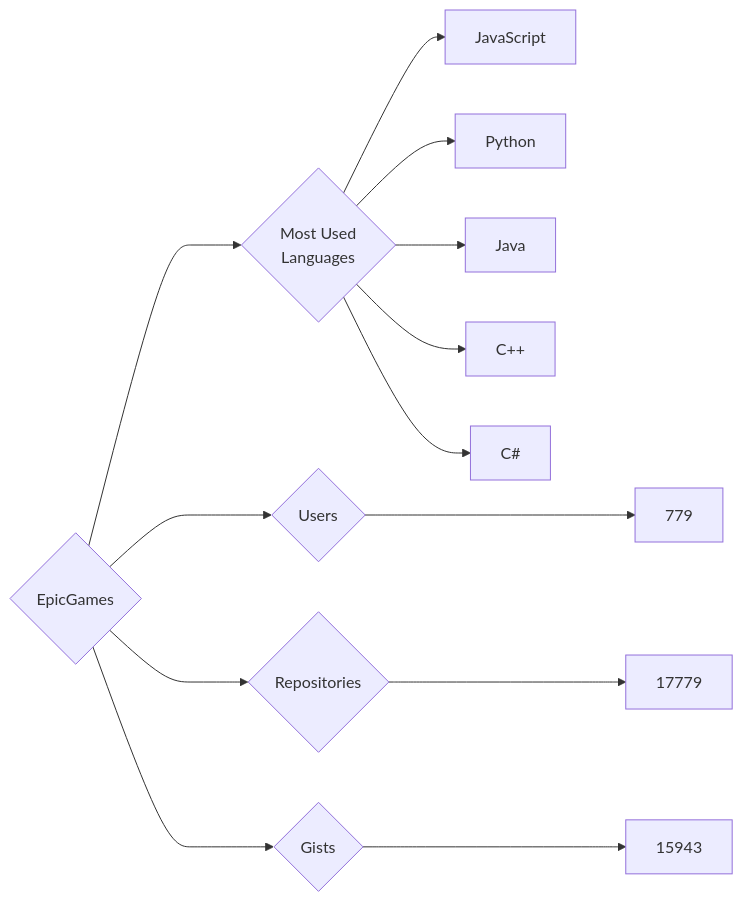
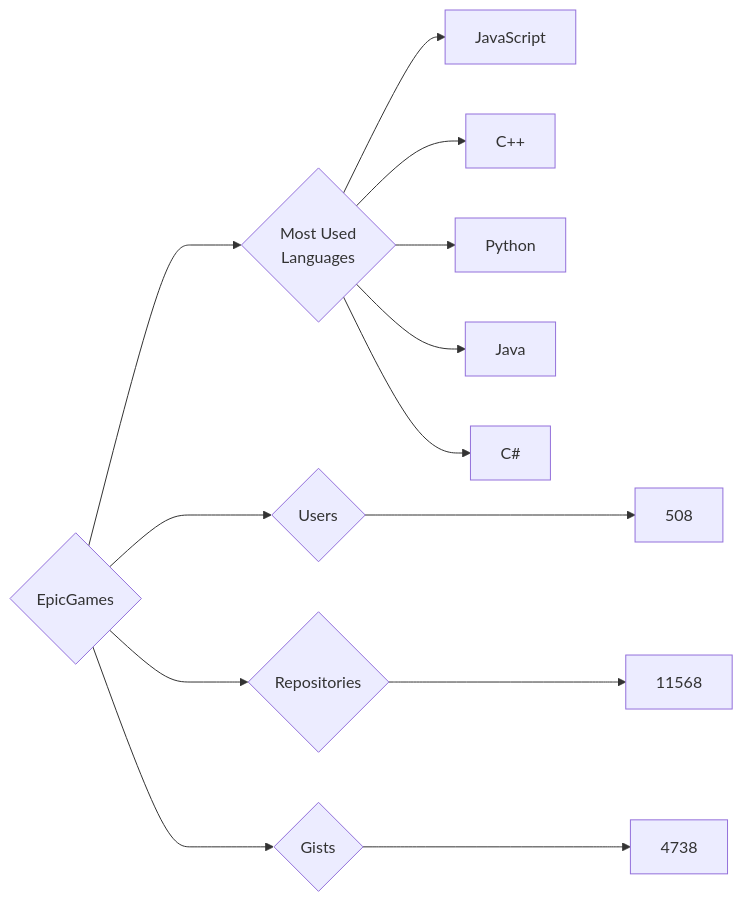
One commit to trickest/insiders changed the diagram in targets/EpicGames/README.md. Above: the diagram before and after it, drawn with Mermaid. The commit also changed 1030 other files, not shown here.

````diff
--- a/targets/EpicGames/README.md
+++ b/targets/EpicGames/README.md
@@ -3,13 +3,13 @@
 ```mermaid
 graph LR
 COMPANY_NAME{EpicGames}
-COMPANY_NAME ---> U{Users} ---> UN[779]
-COMPANY_NAME ---> R{Repositories} ---> RN[17779]
-COMPANY_NAME ---> G{Gists} ---> GN[15943]
+COMPANY_NAME ---> U{Users} ---> UN[508]
+COMPANY_NAME ---> R{Repositories} ---> RN[11568]
+COMPANY_NAME ---> G{Gists} ---> GN[4738]
 COMPANY_NAME ---> ML{Most Used<br>Languages}
 ML --> JavaScript[JavaScript]
+ML --> C++[C++]
 ML --> Python[Python]
 ML --> Java[Java]
-ML --> C++[C++]
 ML --> C#[C#]
 ```
````
